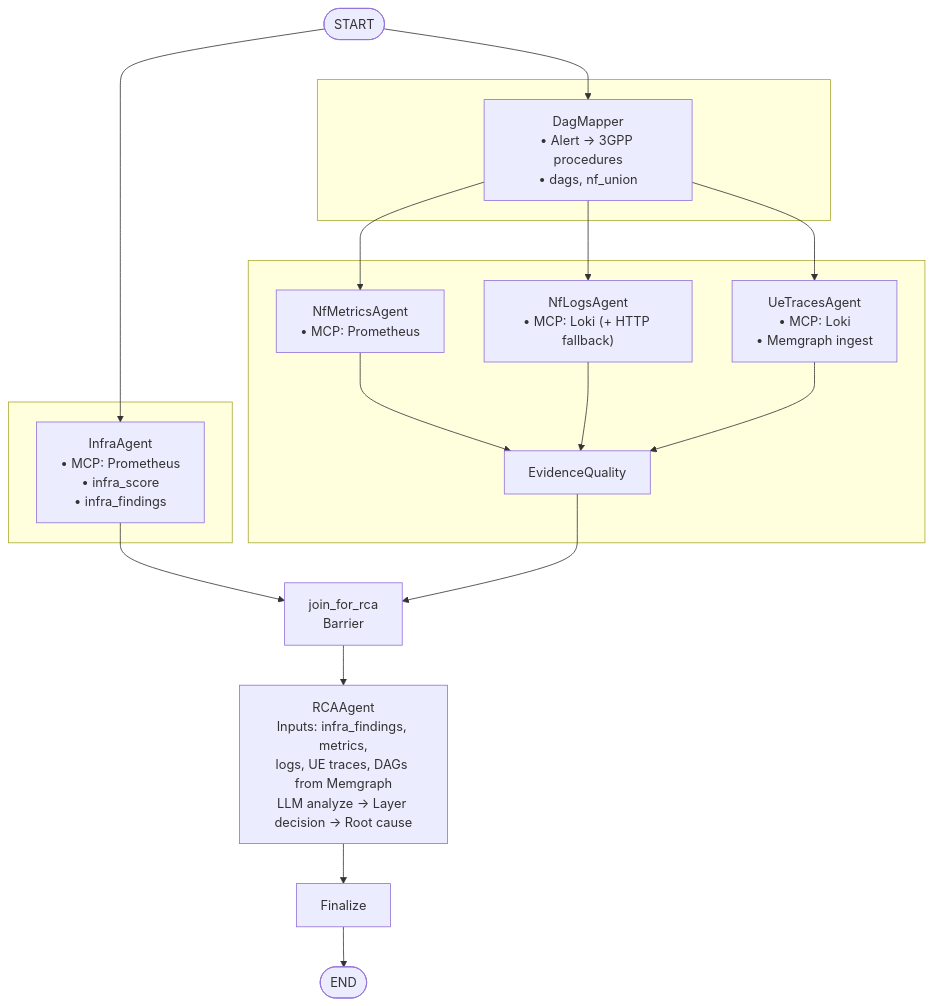
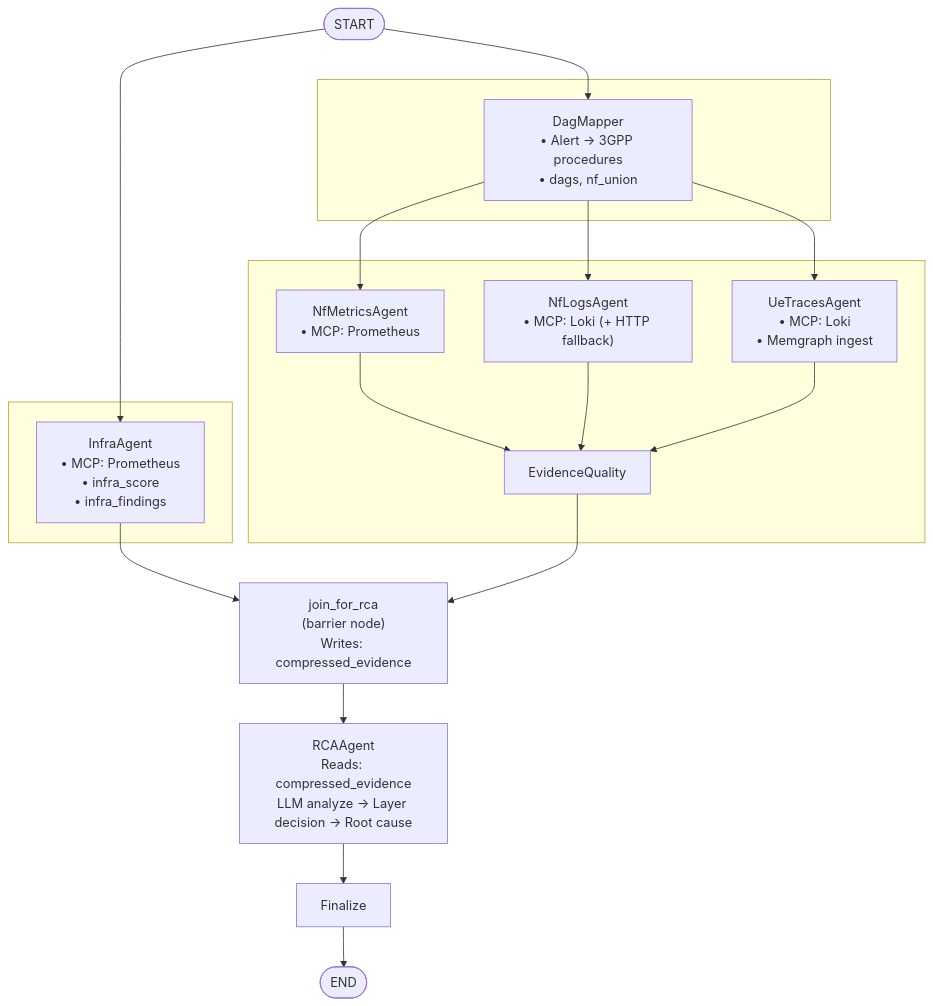
One commit to skapoula/5g-triage-agent changed the second of 2 diagrams in docs/triageagent_architecture_design2.md. Above: the diagram before and after it, drawn with Mermaid. The commit also changed other lines of this file and 2 other files, not shown here.

First line of the commit message:
docs: update architecture to reflect join_for_rca as evidence-joining barrier

````diff
--- a/docs/triageagent_architecture_design2.md
+++ b/docs/triageagent_architecture_design2.md
@@ -257,34 +285,33 @@
 ```mermaid
 flowchart TD
     START(["START"]) --> INFRA & DAG
 
     subgraph left [" "]
         INFRA["InfraAgent<br/>• MCP: Prometheus<br/>• infra_score<br/>• infra_findings"]
     end
 
     subgraph middle [" "]
         DAG["DagMapper<br/>• Alert → 3GPP procedures<br/>• dags, nf_union"]
     end
 
     subgraph right [" "]
         M["NfMetricsAgent<br/>• MCP: Prometheus"]
         L["NfLogsAgent<br/>• MCP: Loki (+ HTTP fallback)"]
         U["UeTracesAgent<br/>• MCP: Loki<br/>• Memgraph ingest"]
         EQ["EvidenceQuality"]
         M --> EQ
         L --> EQ
         U --> EQ
     end
 
     DAG --> M
     DAG --> L
     DAG --> U
 
-    INFRA --> JOIN["join_for_rca<br/>Barrier"]
-    EQ --> JOIN
-
-    JOIN --> RCA["RCAAgent<br/>Inputs: infra_findings, metrics,<br/>logs, UE traces, DAGs from Memgraph<br/>LLM analyze → Layer decision → Root cause"]
+    INFRA --> JR
+    EQ --> JR["join_for_rca<br/>(barrier node)<br/>Writes: compressed_evidence"]
+    JR --> RCA["RCAAgent<br/>Reads: compressed_evidence<br/>LLM analyze → Layer decision → Root cause"]
 
     RCA --> FIN["Finalize"]
     FIN --> END_NODE(["END"])
 ```
````
